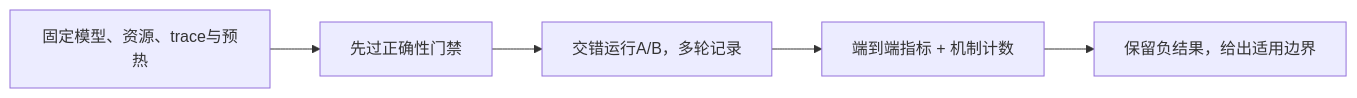
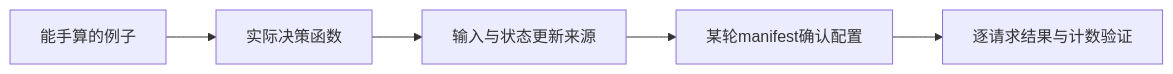
One commit to emprorsky/vllm_xxy changed diagram 34 of 34 in Documents_xxy/20261019最终面试向理解文档.md. Above: the diagram before and after it, drawn with Mermaid. The commit also changed other lines of this file and 9 other files, not shown here.

````diff
--- a/Documents_xxy/20261019最终面试向理解文档.md
+++ b/Documents_xxy/20261019最终面试向理解文档.md
@@ -1811,7 +2223,7 @@
 ```mermaid
 flowchart LR
-    A["固定模型、资源、trace与预热"] --> B["先过正确性门禁"]
-    B --> C["交错运行A/B，多轮记录"]
-    C --> D["端到端指标 + 机制计数"]
-    D --> E["保留负结果，给出适用边界"]
+    A["能手算的例子"] --> B["实际决策函数"]
+    B --> C["输入与状态更新来源"]
+    C --> D["某轮manifest确认配置"]
+    D --> E["逐请求结果与计数验证"]
 ```
````
